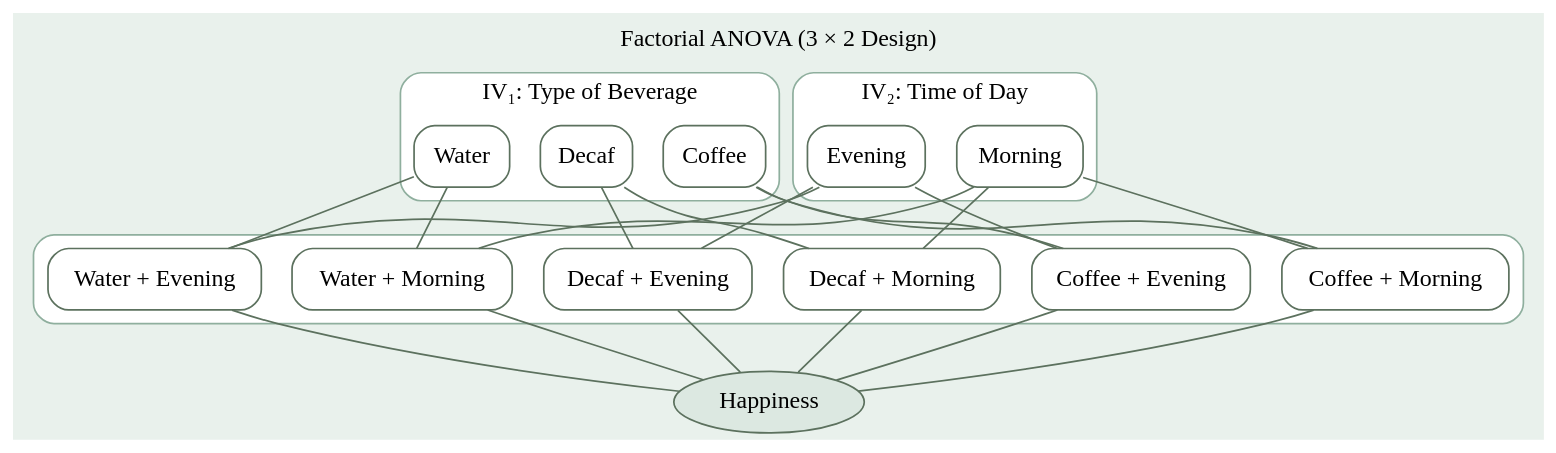
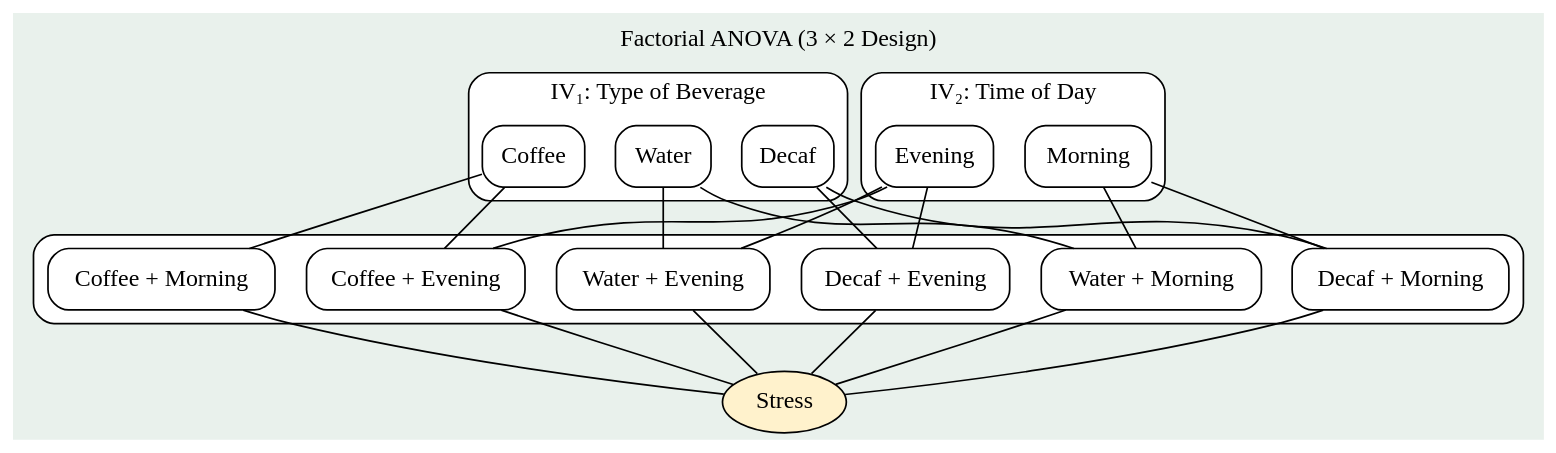
One commit to DavidBrocker/348SlideDecks changed the fifth of 5 diagrams in lec12/lec12.qmd. Above: the diagram before and after it, drawn with Graphviz. The commit also changed other lines of this file and 2 other files, not shown here.

````diff
--- a/lec12/lec12.qmd
+++ b/lec12/lec12.qmd
@@ -300,60 +223,71 @@
 ```{dot}
 graph {
-  node [shape=box, style="rounded,filled", fillcolor="white", color="#5C715E", fontname="Fira Sans"];
-  edge [color="#5C715E"];
+
+  node [shape=box, style=rounded, fontname="Poppins"];
   bgcolor="#E9F1EC";
   labelloc="t";
   label="Factorial ANOVA (3 × 2 Design)";
 
+  # ---- Independent Variable 1 ----
   subgraph cluster_IV1 {
-    style=rounded; color="#8FAF9E";
+    style=rounded;
     label="IV₁: Type of Beverage";
     bgcolor="white";
+    
     IV1_L1 [label="Coffee"];
     IV1_L2 [label="Decaf"];
     IV1_L3 [label="Water"];
   }
 
+  # ---- Independent Variable 2 ----
   subgraph cluster_IV2 {
-    style=rounded; color="#8FAF9E";
+    style=rounded;
     label="IV₂: Time of Day";
     bgcolor="white";
+    
     IV2_L1 [label="Morning"];
     IV2_L2 [label="Evening"];
   }
 
+  # ---- Cells (Combinations) ----
   subgraph cluster_cells {
-    style=rounded; color="#8FAF9E";
+    style=rounded;
     label = ""
     bgcolor="white";
+    
     C1 [label="Coffee + Morning"];
     C2 [label="Coffee + Evening"];
     C3 [label="Decaf + Morning"];
     C4 [label="Decaf + Evening"];
     C5 [label="Water + Morning"];
     C6 [label="Water + Evening"];
   }
 
-  Outcome [label="Happiness", shape=ellipse, style=filled, fillcolor="#DCE8E1"];
+  # ---- Outcome ----
+  Outcome [label="Stress", shape=ellipse, style=filled, fillcolor="#FFF2CC"];
 
+  # ---- Relationships ----
   IV1_L1 -- C1;
   IV1_L1 -- C2;
   IV1_L2 -- C3;
   IV1_L2 -- C4;
   IV1_L3 -- C5;
   IV1_L3 -- C6;
-  IV2_L1 -- C1;
   IV2_L2 -- C2;
   IV2_L1 -- C3;
   IV2_L2 -- C4;
   IV2_L1 -- C5;
   IV2_L2 -- C6;
 
+  # ---- Output Links ----
   C1 -- Outcome;
   C2 -- Outcome;
   C3 -- Outcome;
   C4 -- Outcome;
   C5 -- Outcome;
   C6 -- Outcome;
+
 }
+
+
 ```
````
